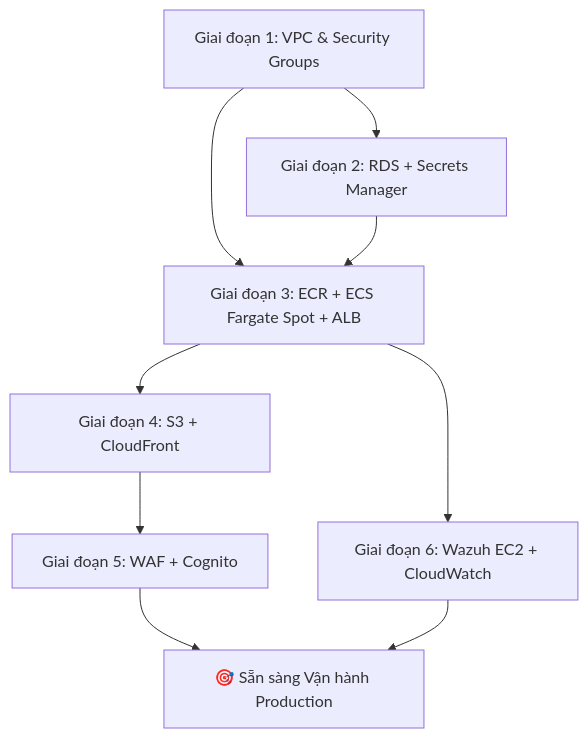
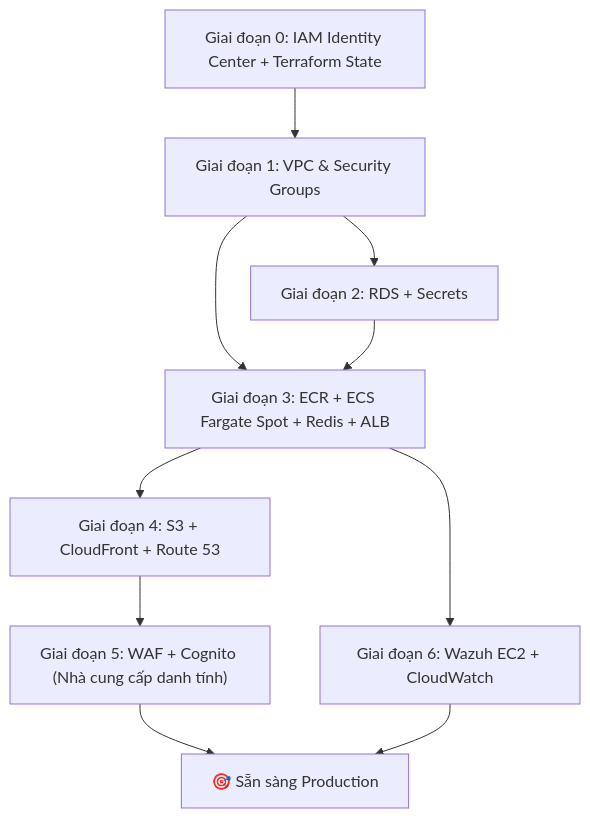
Before and after one commit to VanThinh512/SaaS-HR-Multi-tenant: the diagram in implementation_plan_vi.md, drawn with Mermaid. The commit also changed other lines of this file and 4 other files, not shown here.

Commit message:
final architect

````diff
--- a/implementation_plan_vi.md
+++ b/implementation_plan_vi.md
@@ -317,11 +408,12 @@
 ```mermaid
 graph TD
-    P1["Giai đoạn 1: VPC & Security Groups"] --> P2["Giai đoạn 2: RDS + Secrets Manager"]
-    P1 --> P3["Giai đoạn 3: ECR + ECS Fargate Spot + ALB"]
+    P0["Giai đoạn 0: IAM Identity Center + Terraform State"] --> P1["Giai đoạn 1: VPC & Security Groups"]
+    P1 --> P2["Giai đoạn 2: RDS + Secrets"]
+    P1 --> P3["Giai đoạn 3: ECR + ECS Fargate Spot + Redis + ALB"]
     P2 --> P3
-    P3 --> P4["Giai đoạn 4: S3 + CloudFront"]
-    P4 --> P5["Giai đoạn 5: WAF + Cognito"]
+    P3 --> P4["Giai đoạn 4: S3 + CloudFront + Route 53"]
+    P4 --> P5["Giai đoạn 5: WAF + Cognito (Nhà cung cấp danh tính)"]
     P3 --> P6["Giai đoạn 6: Wazuh EC2 + CloudWatch"]
-    P5 --> P7["🎯 Sẵn sàng Vận hành Production"]
+    P5 --> P7["🎯 Sẵn sàng Production"]
     P6 --> P7
 ```
````
